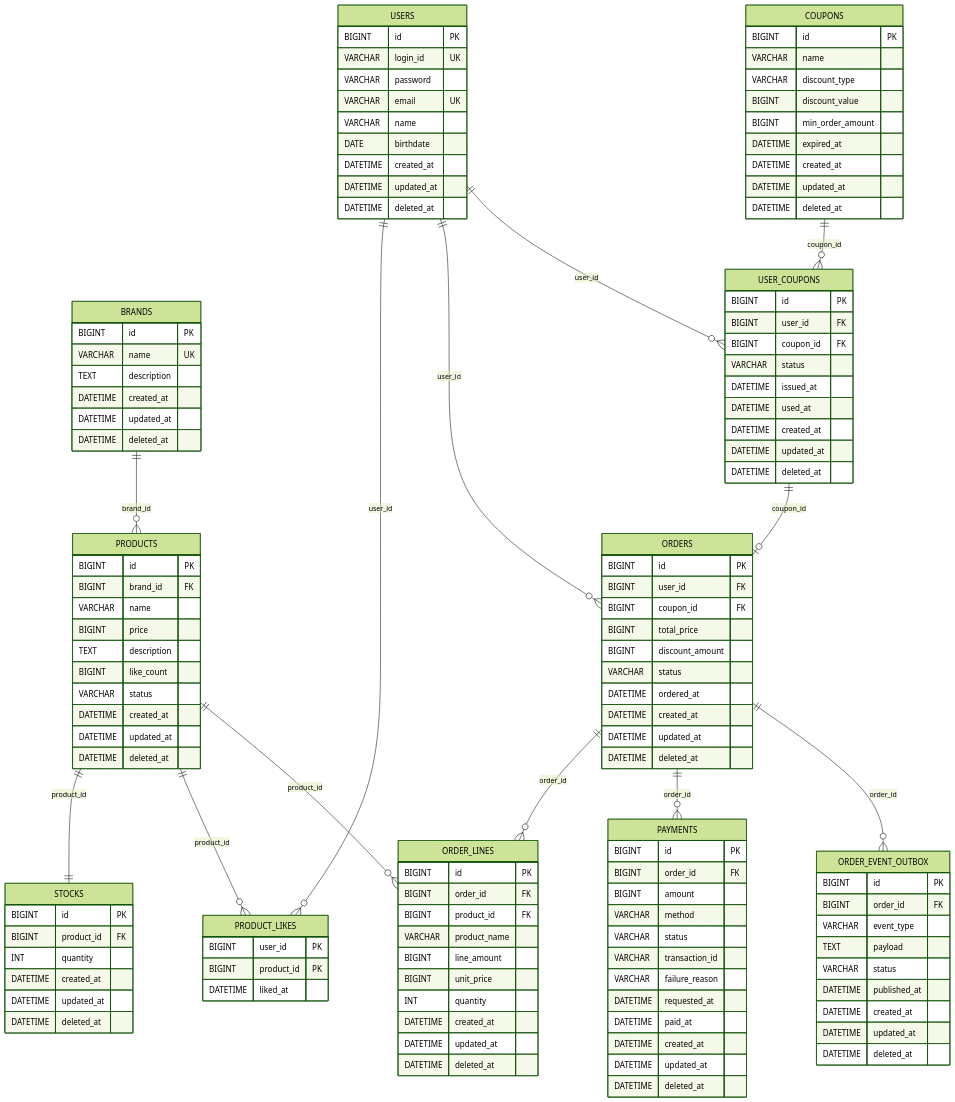
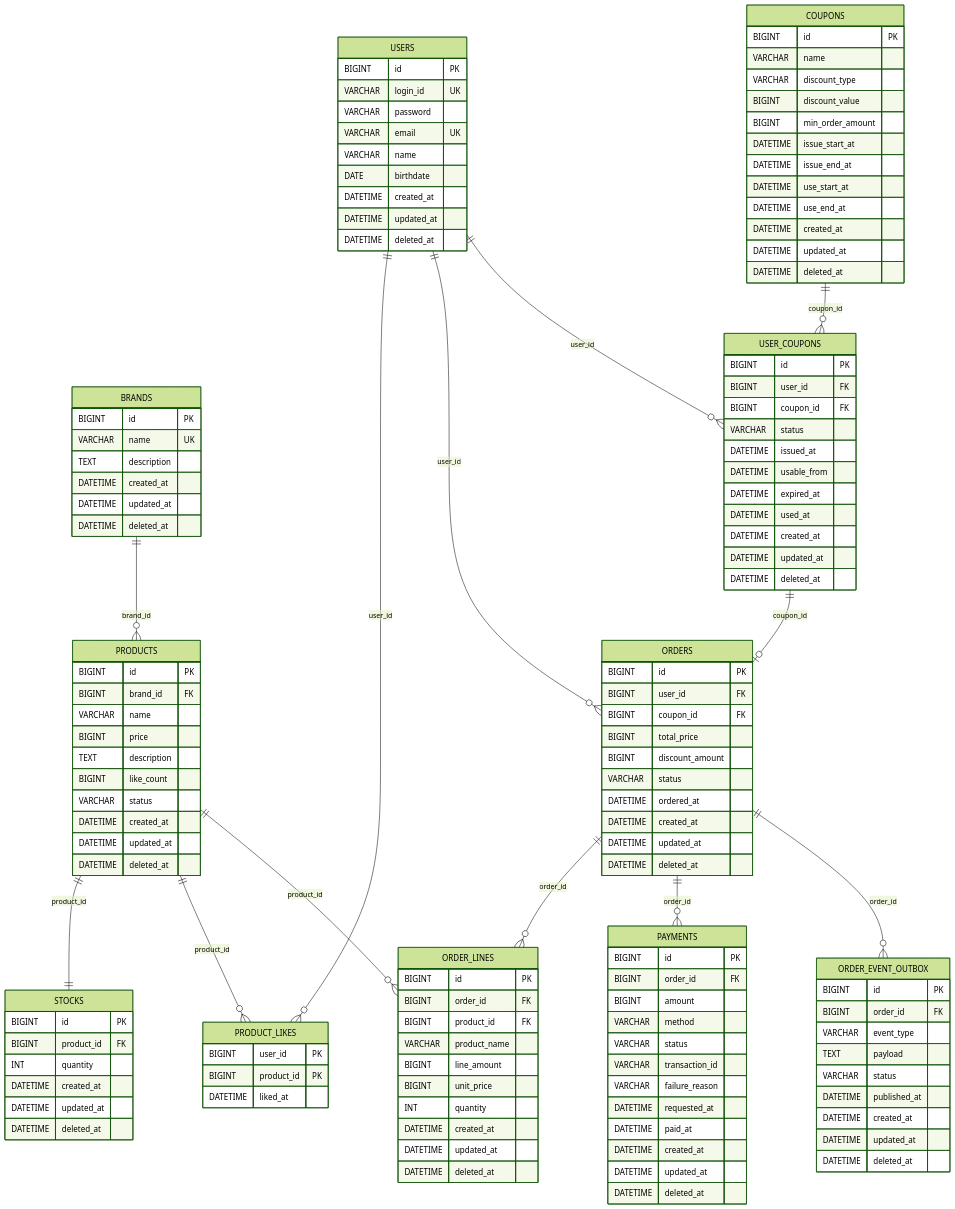
Before and after one commit to god3v/loop-pack-be-l2-vol4-kotlin: the diagram in docs/design/04-erd.md, drawn with Mermaid (forest theme). The commit also changed other lines of this file and 2 other files, not shown here.

Commit message:
docs(coupon): 시간 모델 재설계(발급/사용 구간 + 발급 쿠폰 스냅샷)를 명세·ERD 에 반영

```diff
--- a/docs/design/04-erd.md
+++ b/docs/design/04-erd.md
@@ -131,7 +131,10 @@
         VARCHAR discount_type
         BIGINT discount_value
         BIGINT min_order_amount
-        DATETIME expired_at
+        DATETIME issue_start_at
+        DATETIME issue_end_at
+        DATETIME use_start_at
+        DATETIME use_end_at
         DATETIME created_at
         DATETIME updated_at
         DATETIME deleted_at
@@ -143,6 +146,8 @@
         BIGINT coupon_id FK
         VARCHAR status
         DATETIME issued_at
+        DATETIME usable_from
+        DATETIME expired_at
         DATETIME used_at
         DATETIME created_at
         DATETIME updated_at
```
